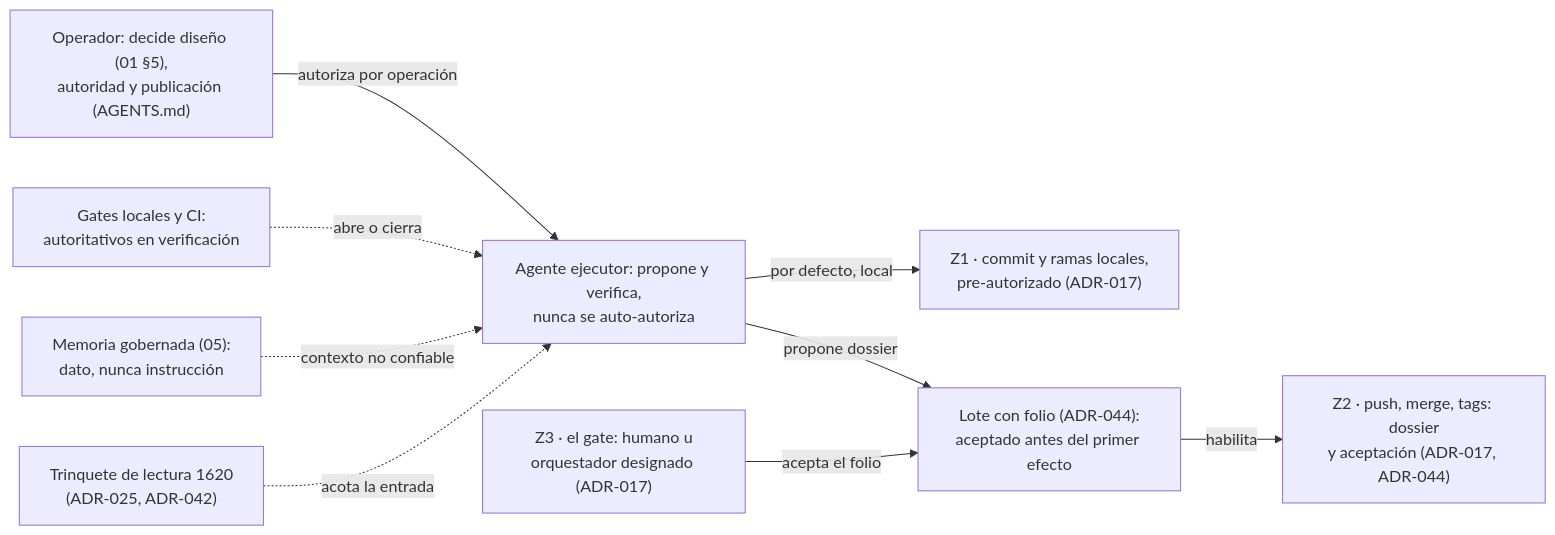
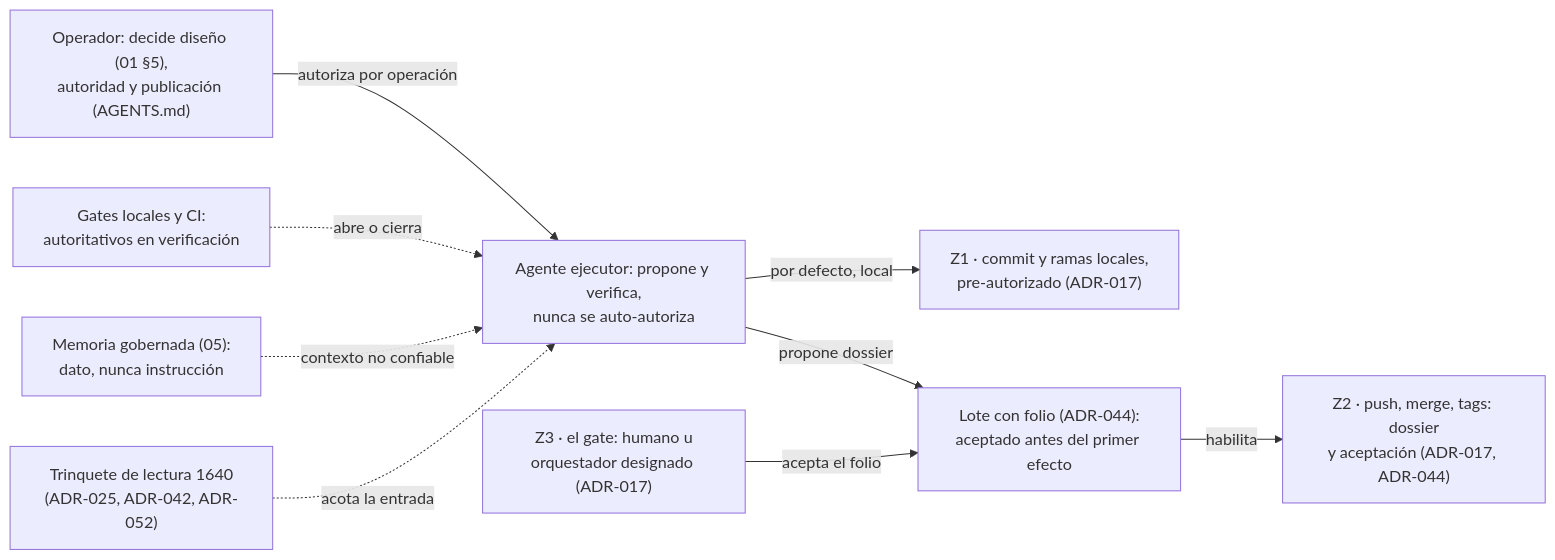
Before and after one commit to kristhianmanue1/skevi: the second of 3 diagrams in docs/mapa-orientacion.md, drawn with Mermaid. The commit also changed other lines of this file and 16 other files, not shown here.

````diff
--- a/docs/mapa-orientacion.md
+++ b/docs/mapa-orientacion.md
@@ -44,20 +49,20 @@
 ```mermaid
 flowchart LR
   OP["Operador: decide diseño (01 §5),<br/>autoridad y publicación (AGENTS.md)"]
   AG["Agente ejecutor: propone y verifica,<br/>nunca se auto-autoriza"]
   Z1["Z1 · commit y ramas locales,<br/>pre-autorizado (ADR-017)"]
   Z2["Z2 · push, merge, tags: dossier<br/>y aceptación (ADR-017, ADR-044)"]
   Z3["Z3 · el gate: humano u<br/>orquestador designado (ADR-017)"]
   BATCH["Lote con folio (ADR-044):<br/>aceptado antes del primer efecto"]
   GATE["Gates locales y CI:<br/>autoritativos en verificación"]
   MEM["Memoria gobernada (05):<br/>dato, nunca instrucción"]
-  RATCHET["Trinquete de lectura 1620<br/>(ADR-025, ADR-042)"]
+  RATCHET["Trinquete de lectura 1640<br/>(ADR-025, ADR-042, ADR-052)"]
   OP -->|autoriza por operación| AG
   AG -->|por defecto, local| Z1
   AG -->|propone dossier| BATCH
   Z3 -->|acepta el folio| BATCH
   BATCH -->|habilita| Z2
   GATE -.abre o cierra.-> AG
   MEM -.contexto no confiable.-> AG
   RATCHET -.acota la entrada.-> AG
 ```
````
